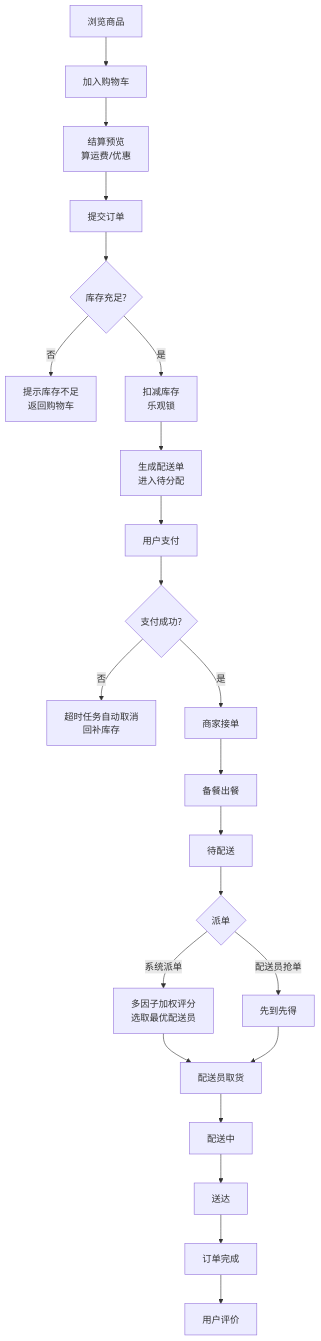
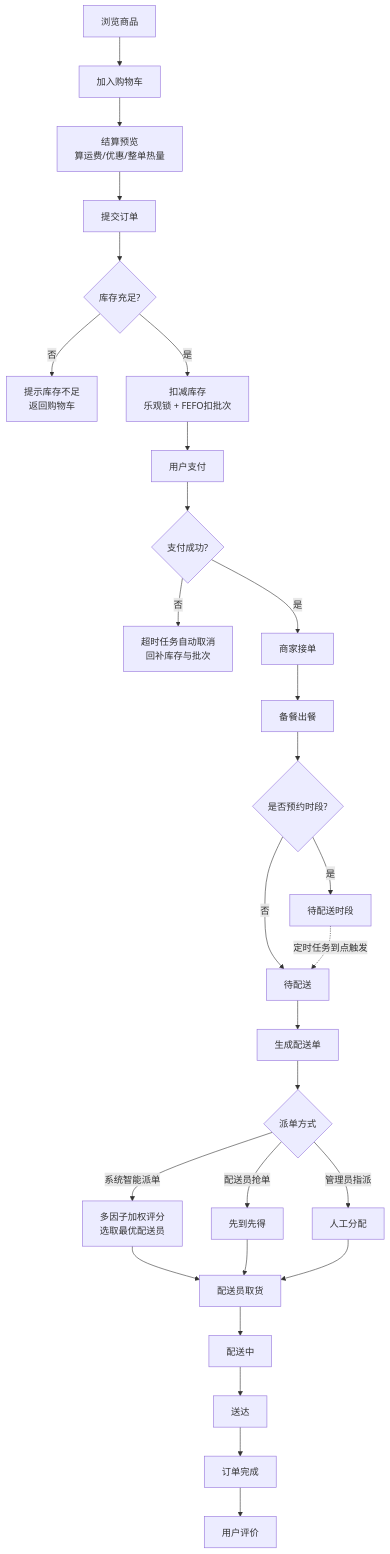
Before and after one commit to chenchuiqing/FreshMeal: the second of 3 diagrams in docs/01-需求分析.md, drawn with Mermaid. The commit also changed other lines of this file and 4 other files, not shown here.

````diff
--- a/docs/01-需求分析.md
+++ b/docs/01-需求分析.md
@@ -153,25 +174,30 @@
 ```mermaid
 flowchart TD
     A[浏览商品] --> B[加入购物车]
-    B --> C[结算预览<br/>算运费/优惠]
+    B --> C[结算预览<br/>算运费/优惠/整单热量]
     C --> D[提交订单]
     D --> E{库存充足?}
     E -- 否 --> E1[提示库存不足<br/>返回购物车]
-    E -- 是 --> F[扣减库存<br/>乐观锁]
-    F --> G[生成配送单<br/>进入待分配]
-    G --> H[用户支付]
+    E -- 是 --> F[扣减库存<br/>乐观锁 + FEFO扣批次]
+    F --> H[用户支付]
     H --> I{支付成功?}
-    I -- 否 --> I1[超时任务自动取消<br/>回补库存]
+    I -- 否 --> I1[超时任务自动取消<br/>回补库存与批次]
     I -- 是 --> J[商家接单]
     J --> K[备餐出餐]
-    K --> L[待配送]
-    L --> M{派单}
-    M -- 系统派单 --> M1[多因子加权评分<br/>选取最优配送员]
-    M -- 配送员抢单 --> M2[先到先得]
-    M1 --> N[配送员取货]
-    M2 --> N
-    N --> O[配送中]
-    O --> P[送达]
-    P --> Q[订单完成]
-    Q --> R[用户评价]
+    K --> L{是否预约时段?}
+    L -- 否 --> M[待配送]
+    L -- 是 --> L1[待配送时段]
+    L1 -.定时任务到点触发.-> M
+    M --> N[生成配送单]
+    N --> O{派单方式}
+    O -- 系统智能派单 --> O1[多因子加权评分<br/>选取最优配送员]
+    O -- 配送员抢单 --> O2[先到先得]
+    O -- 管理员指派 --> O3[人工分配]
+    O1 --> P[配送员取货]
+    O2 --> P
+    O3 --> P
+    P --> Q[配送中]
+    Q --> R[送达]
+    R --> S[订单完成]
+    S --> T[用户评价]
 ```
````
